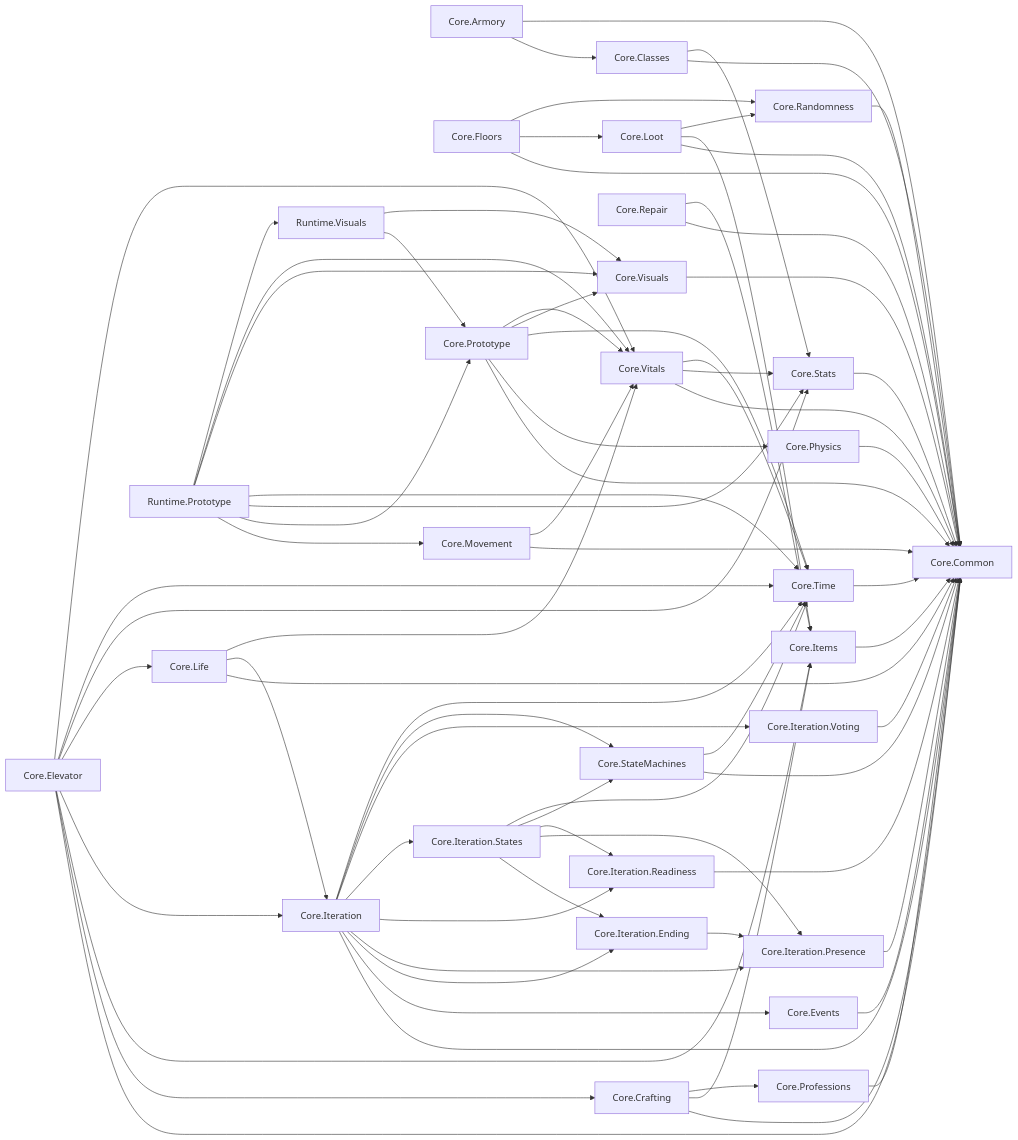
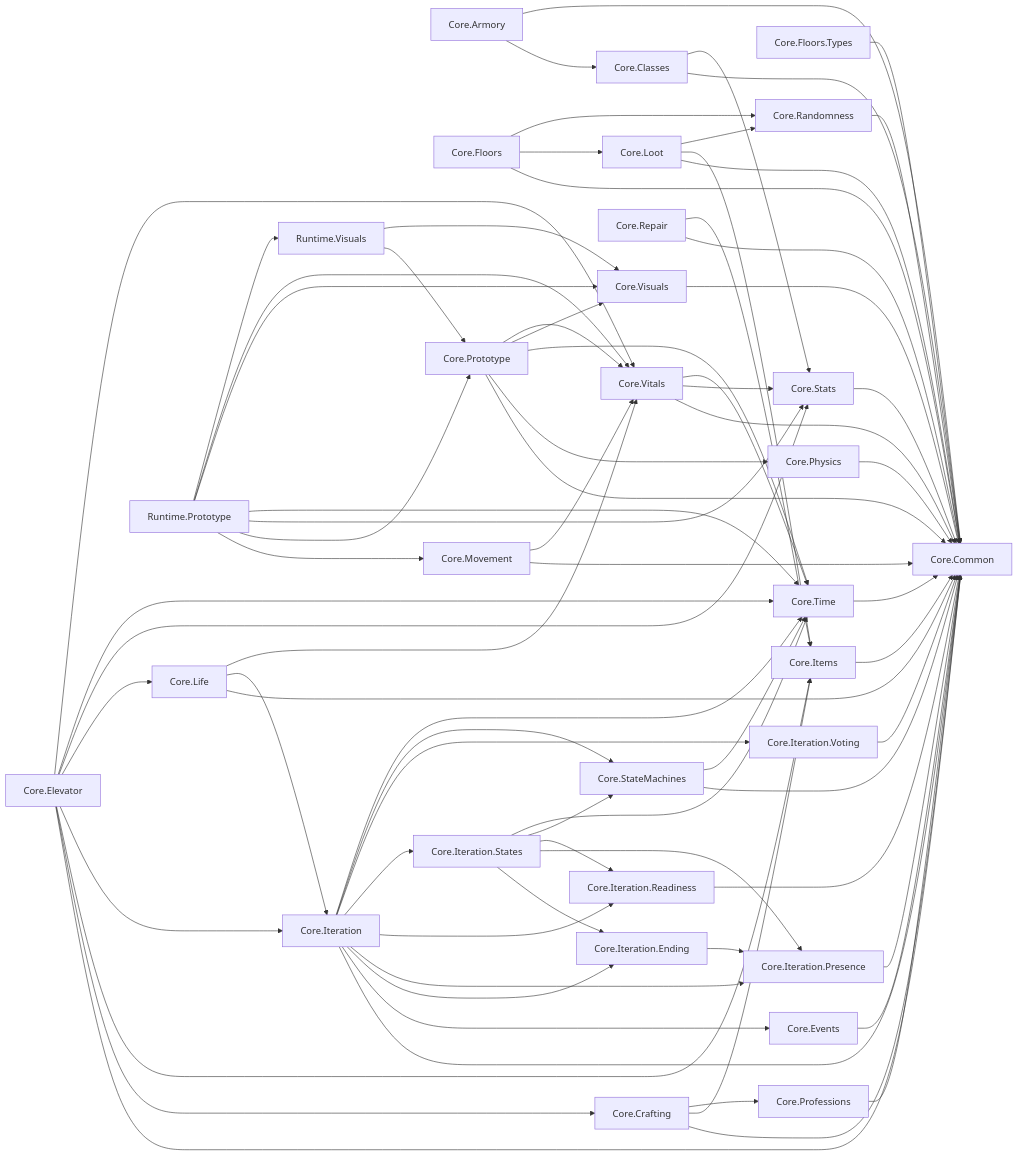
Before and after one commit to LazaroPol/Acensor: the diagram in docs/arquitectura/MODULOS.md, drawn with Mermaid. The commit also changed other lines of this file and 17 other files, not shown here.

````diff
--- a/docs/arquitectura/MODULOS.md
+++ b/docs/arquitectura/MODULOS.md
@@ -41,60 +42,62 @@
 ```mermaid
 flowchart LR
   n0["Core.Armory"]
   n1["Core.Classes"]
   n2["Core.Common"]
   n3["Core.Crafting"]
   n4["Core.Elevator"]
   n5["Core.Events"]
   n6["Core.Floors"]
-  n7["Core.Items"]
-  n8["Core.Iteration"]
-  n9["Core.Iteration.Ending"]
-  n10["Core.Iteration.Presence"]
-  n11["Core.Iteration.Readiness"]
-  n12["Core.Iteration.States"]
-  n13["Core.Iteration.Voting"]
-  n14["Core.Life"]
-  n15["Core.Loot"]
-  n16["Core.Movement"]
-  n17["Core.Physics"]
-  n18["Core.Professions"]
-  n19["Core.Prototype"]
-  n20["Core.Randomness"]
-  n21["Core.Repair"]
-  n22["Core.StateMachines"]
-  n23["Core.Stats"]
-  n24["Core.Time"]
-  n25["Core.Visuals"]
-  n26["Core.Vitals"]
-  n27["Runtime.Prototype"]
-  n28["Runtime.Visuals"]
+  n7["Core.Floors.Types"]
+  n8["Core.Items"]
+  n9["Core.Iteration"]
+  n10["Core.Iteration.Ending"]
+  n11["Core.Iteration.Presence"]
+  n12["Core.Iteration.Readiness"]
+  n13["Core.Iteration.States"]
+  n14["Core.Iteration.Voting"]
+  n15["Core.Life"]
+  n16["Core.Loot"]
+  n17["Core.Movement"]
+  n18["Core.Physics"]
+  n19["Core.Professions"]
+  n20["Core.Prototype"]
+  n21["Core.Randomness"]
+  n22["Core.Repair"]
+  n23["Core.StateMachines"]
+  n24["Core.Stats"]
+  n25["Core.Time"]
+  n26["Core.Visuals"]
+  n27["Core.Vitals"]
+  n28["Runtime.Prototype"]
+  n29["Runtime.Visuals"]
   n0 --> n1 & n2
-  n1 --> n2 & n23
-  n3 --> n2 & n7 & n18
-  n4 --> n2 & n3 & n7 & n8 & n14 & n23 & n24 & n26
+  n1 --> n2 & n24
+  n3 --> n2 & n8 & n19
+  n4 --> n2 & n3 & n8 & n9 & n15 & n24 & n25 & n27
   n5 --> n2
-  n6 --> n2 & n15 & n20
+  n6 --> n2 & n16 & n21
   n7 --> n2
-  n8 --> n2 & n5 & n9 & n10 & n11 & n12 & n13 & n22 & n24
-  n9 --> n10
-  n10 --> n2
+  n8 --> n2
+  n9 --> n2 & n5 & n10 & n11 & n12 & n13 & n14 & n23 & n25
+  n10 --> n11
   n11 --> n2
-  n12 --> n9 & n10 & n11 & n22 & n24
-  n13 --> n2
-  n14 --> n2 & n8 & n26
-  n15 --> n2 & n7 & n20
-  n16 --> n2 & n26
-  n17 --> n2
+  n12 --> n2
+  n13 --> n10 & n11 & n12 & n23 & n25
+  n14 --> n2
+  n15 --> n2 & n9 & n27
+  n16 --> n2 & n8 & n21
+  n17 --> n2 & n27
   n18 --> n2
-  n19 --> n2 & n17 & n24 & n25 & n26
-  n20 --> n2
-  n21 --> n2 & n7
-  n22 --> n2 & n24
-  n23 --> n2
+  n19 --> n2
+  n20 --> n2 & n18 & n25 & n26 & n27
+  n21 --> n2
+  n22 --> n2 & n8
+  n23 --> n2 & n25
   n24 --> n2
   n25 --> n2
-  n26 --> n2 & n23 & n24
-  n27 --> n16 & n19 & n23 & n24 & n25 & n26 & n28
-  n28 --> n19 & n25
+  n26 --> n2
+  n27 --> n2 & n24 & n25
+  n28 --> n17 & n20 & n24 & n25 & n26 & n27 & n29
+  n29 --> n20 & n26
 ```
````
